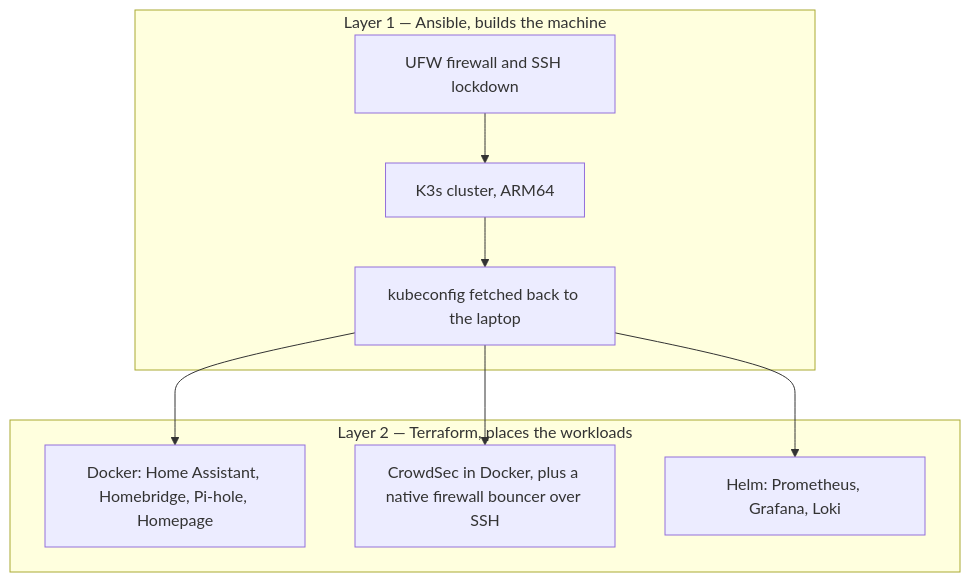
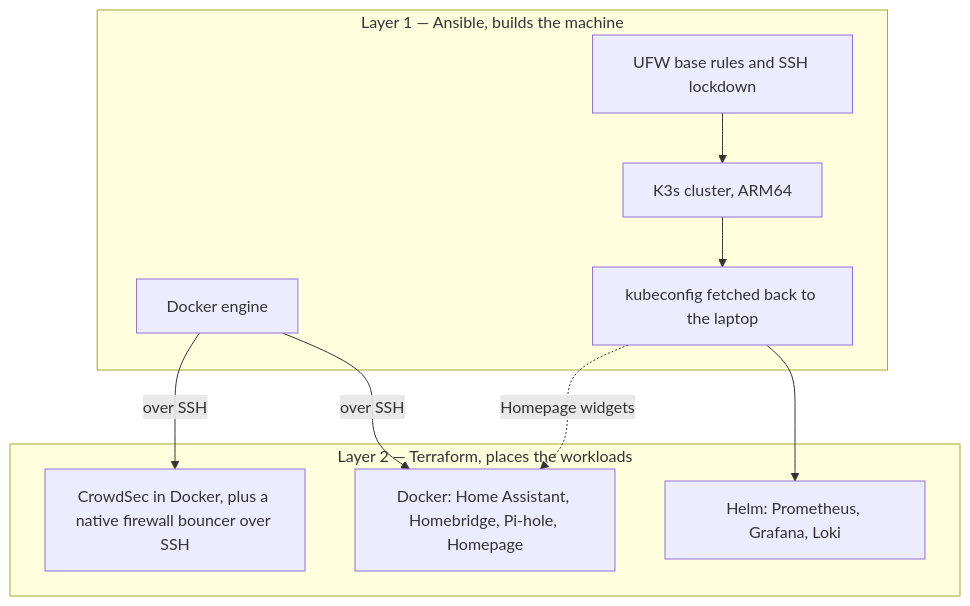
Before and after one commit to rainforest-dev/rainforest-iot: the diagram in README.md, drawn with Mermaid. The commit also changed other lines of this file and 2 other files, not shown here.

````diff
--- a/README.md
+++ b/README.md
@@ -8,17 +8,19 @@
 ```mermaid
 flowchart TD
   subgraph L1["Layer 1 — Ansible, builds the machine"]
-    H[UFW firewall and SSH lockdown]
+    H[UFW base rules and SSH lockdown]
+    DE[Docker engine]
     K[K3s cluster, ARM64]
     KC[kubeconfig fetched back to the laptop]
   end
   subgraph L2["Layer 2 — Terraform, places the workloads"]
     D[Docker: Home Assistant, Homebridge, Pi-hole, Homepage]
     CS[CrowdSec in Docker, plus a native firewall bouncer over SSH]
     MON[Helm: Prometheus, Grafana, Loki]
   end
   H --> K --> KC
-  KC --> D
-  KC --> CS
+  DE -->|over SSH| D
+  DE -->|over SSH| CS
   KC --> MON
+  KC -.->|Homepage widgets| D
 ```
````
